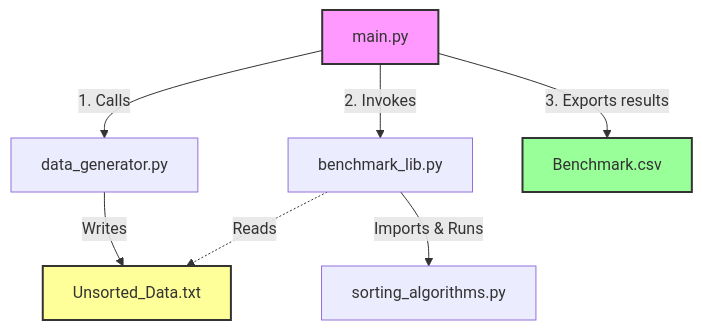
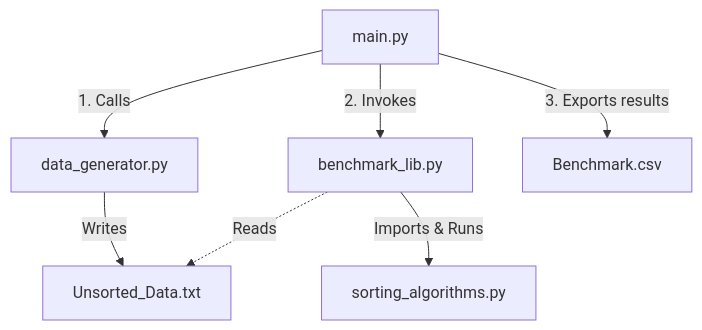
One commit to an2in/DSA_Task2 changed the diagram in README.md. Above: the diagram before and after it, drawn with Mermaid.

Commit message:
Remove optional styling from README
Removed optional styling instructions for better visibility.

````diff
--- a/README.md
+++ b/README.md
@@ -1,28 +1,22 @@
 ```mermaid
 graph TD
     %% Nodes
     Main[main.py]
     Gen[data_generator.py]
     Data[Unsorted_Data.txt]
     Bench[benchmark_lib.py]
     Algos[sorting_algorithms.py]
     Out[Benchmark.csv]
 
     %% Flow connections
     Main -->|1. Calls| Gen
     Gen -->|Writes| Data
     
     Main -->|2. Invokes| Bench
     Bench -->|Imports & Runs| Algos
     
     %% Optional: Show that benchmark uses the data (implicit or explicit)
     Bench -.->|Reads| Data
     
     Main -->|3. Exports results| Out
-
-    %% Styling for better visibility (Optional)
-    style Main fill:#f9f,stroke:#333,stroke-width:2px
-    style Out fill:#9f9,stroke:#333,stroke-width:2px
-    style Data fill:#ff9,stroke:#333,stroke-width:2px
-
 ```
````
